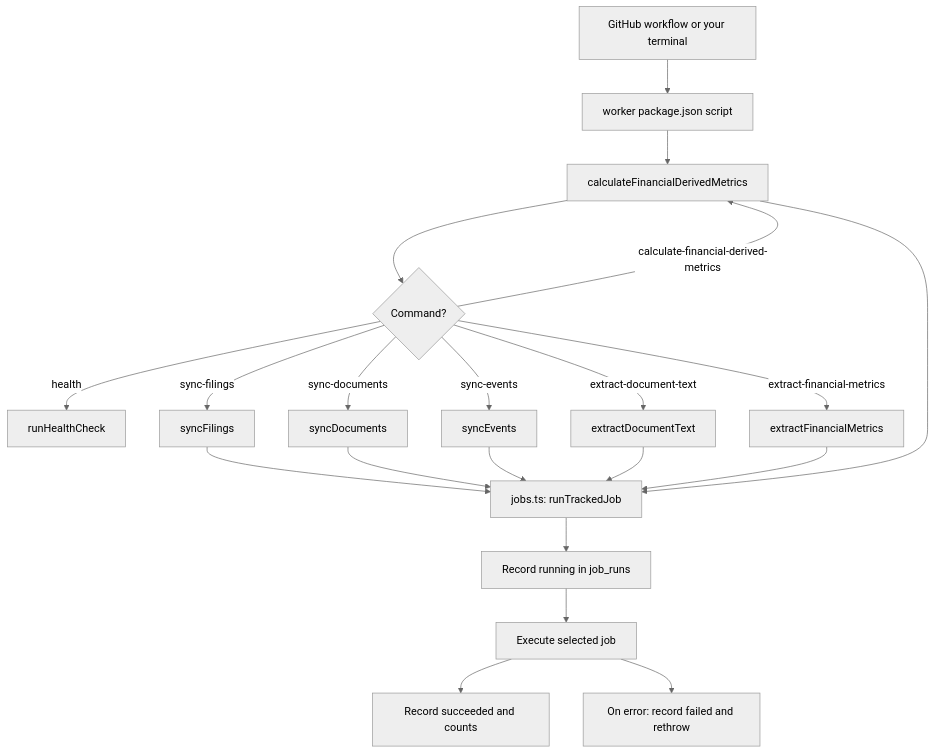
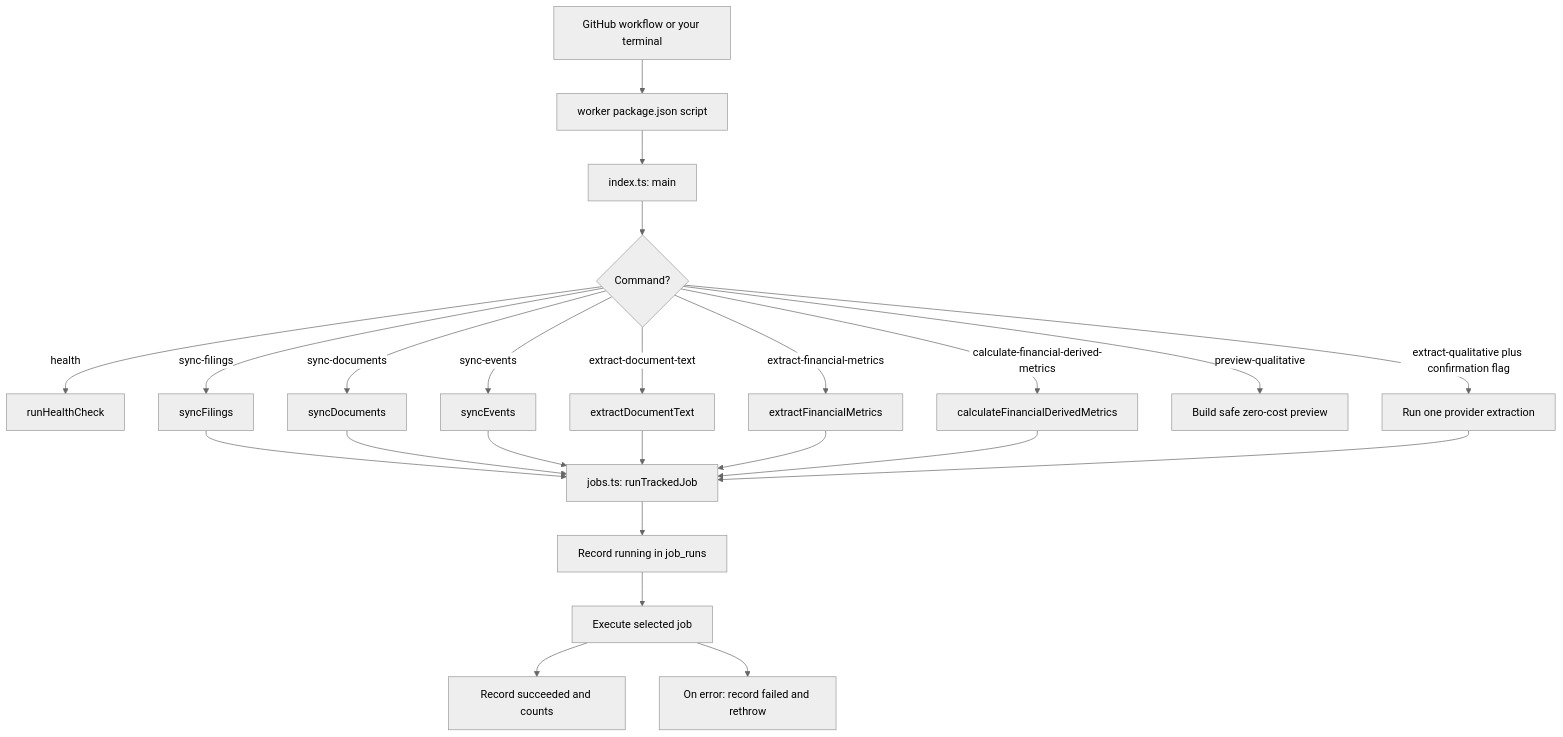
One commit to thstamod/chiron-core changed the fourth of 15 diagrams in docs/visual-guide.md. Above: the diagram before and after it, drawn with Mermaid (neutral theme). The commit also changed other lines of this file and 8 other files, not shown here.

Commit message:
feat: add controlled qualitative extraction command

````diff
--- a/docs/visual-guide.md
+++ b/docs/visual-guide.md
@@ -105,23 +106,26 @@
 ```mermaid
 flowchart TD
     A[GitHub workflow or your terminal] --> B[worker package.json script]
-    B --> C[index.ts: main]
-    C --> D{Command?}
+    B --> MAIN[index.ts: main]
+    MAIN --> D{Command?}
     D -->|health| H[runHealthCheck]
     D -->|sync-filings| F[syncFilings]
     D -->|sync-documents| DOC[syncDocuments]
     D -->|sync-events| E[syncEvents]
     D -->|extract-document-text| T[extractDocumentText]
     D -->|extract-financial-metrics| X[extractFinancialMetrics]
-    D -->|calculate-financial-derived-metrics| C[calculateFinancialDerivedMetrics]
+    D -->|calculate-financial-derived-metrics| CALC[calculateFinancialDerivedMetrics]
+    D -->|preview-qualitative| PREVIEW[Build safe zero-cost preview]
+    D -->|extract-qualitative plus confirmation flag| QUAL[Run one provider extraction]
     F --> J[jobs.ts: runTrackedJob]
     DOC --> J
     E --> J
     T --> J
     X --> J
-    C --> J
+    CALC --> J
+    QUAL --> J
     J --> START[Record running in job_runs]
     START --> EXEC[Execute selected job]
     EXEC --> OK[Record succeeded and counts]
     EXEC --> ERR[On error: record failed and rethrow]
 ```
````
